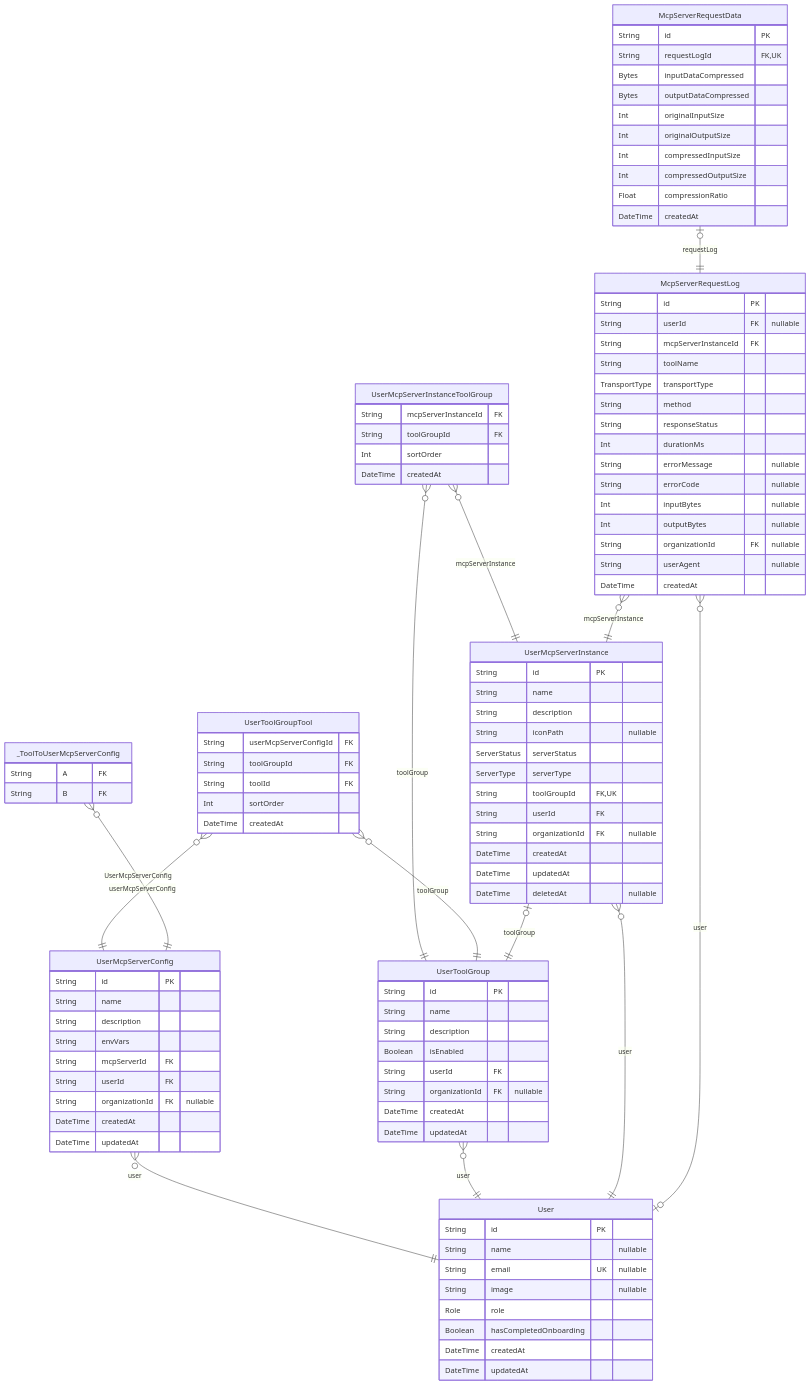
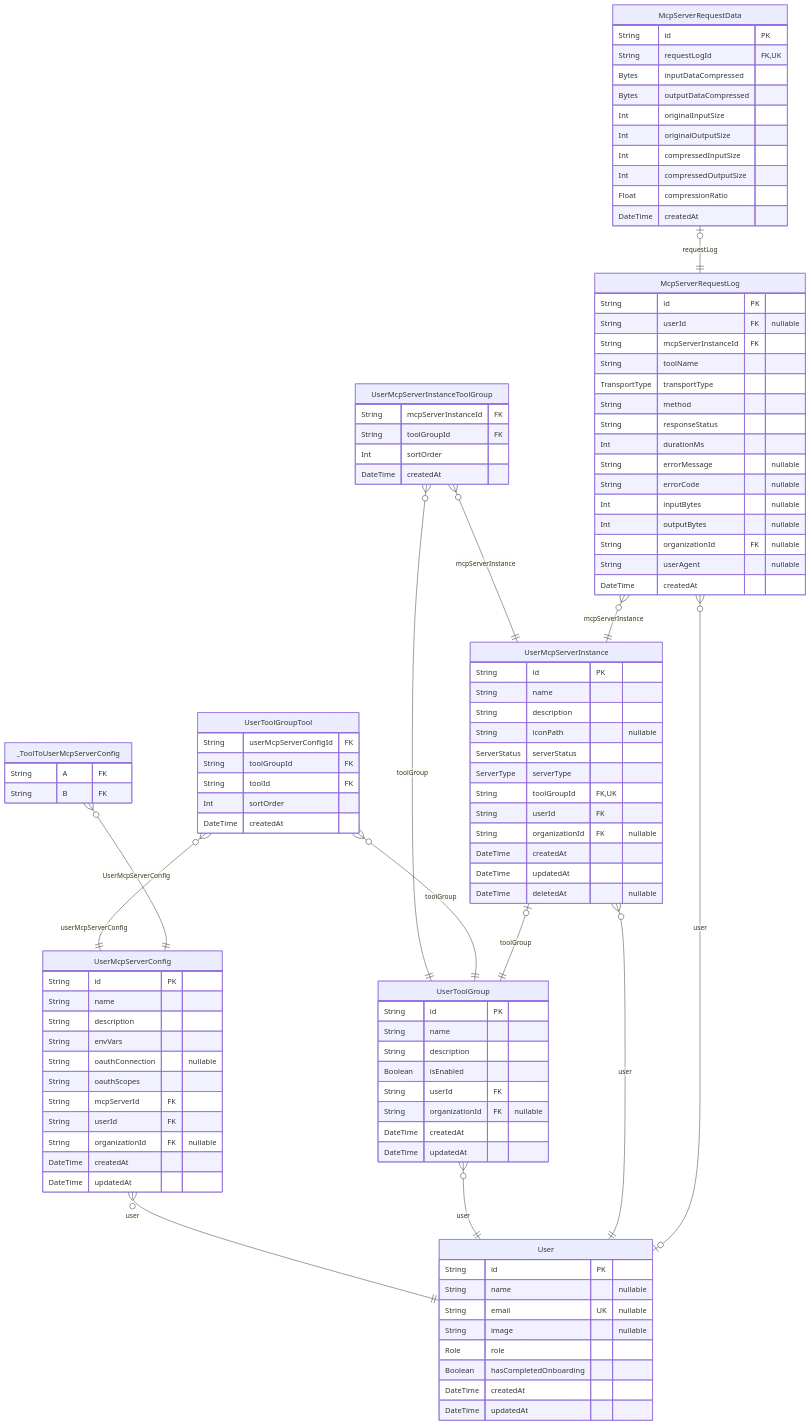
Before and after one commit to rayven122/tumiki: the fifth of 7 diagrams in packages/db/prisma/README.md, drawn with Mermaid. The commit also changed other lines of this file and 15 other files, not shown here.

```diff
--- a/packages/db/prisma/README.md
+++ b/packages/db/prisma/README.md
@@ -614,6 +624,8 @@
   String name
   String description
   String envVars
+  String oauthConnection "nullable"
+  String oauthScopes
   String mcpServerId FK
   String userId FK
   String organizationId FK "nullable"
```
